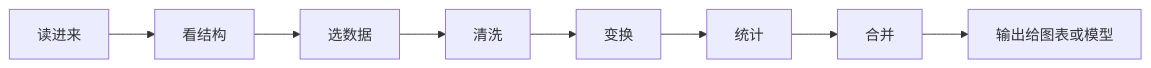
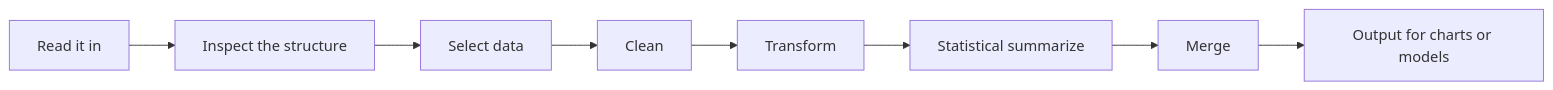
One commit to oudbiao/AI-fullstack-course changed the second of 2 diagrams in docs/ch03-data-analysis/ch03-pandas/00-roadmap.md. Above: the diagram before and after it, drawn with Mermaid. The commit also changed other lines of this file and 1406 other files, not shown here.

````diff
--- a/docs/ch03-data-analysis/ch03-pandas/00-roadmap.md
+++ b/docs/ch03-data-analysis/ch03-pandas/00-roadmap.md
@@ -47,10 +47,10 @@
 ```mermaid
 flowchart LR
-  A[读进来] --> B[看结构]
-  B --> C[选数据]
-  C --> D[清洗]
-  D --> E[变换]
-  E --> F[统计]
-  F --> G[合并]
-  G --> H[输出给图表或模型]
+  A[Read it in] --> B[Inspect the structure]
+  B --> C[Select data]
+  C --> D[Clean]
+  D --> E[Transform]
+  E --> F[Statistical summarize]
+  F --> G[Merge]
+  G --> H[Output for charts or models]
 ```
````
